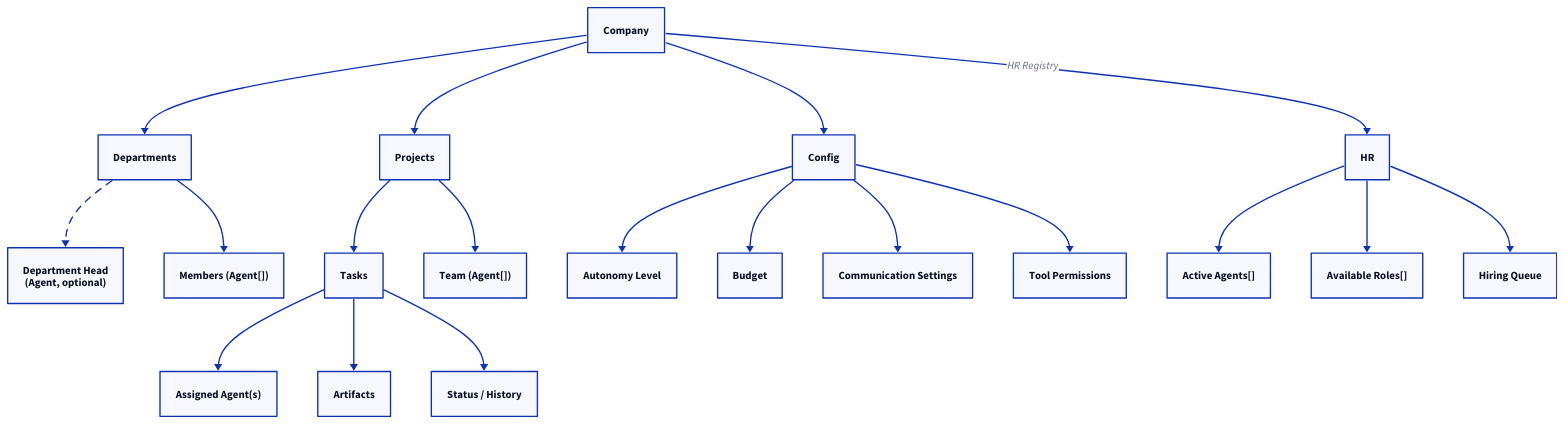
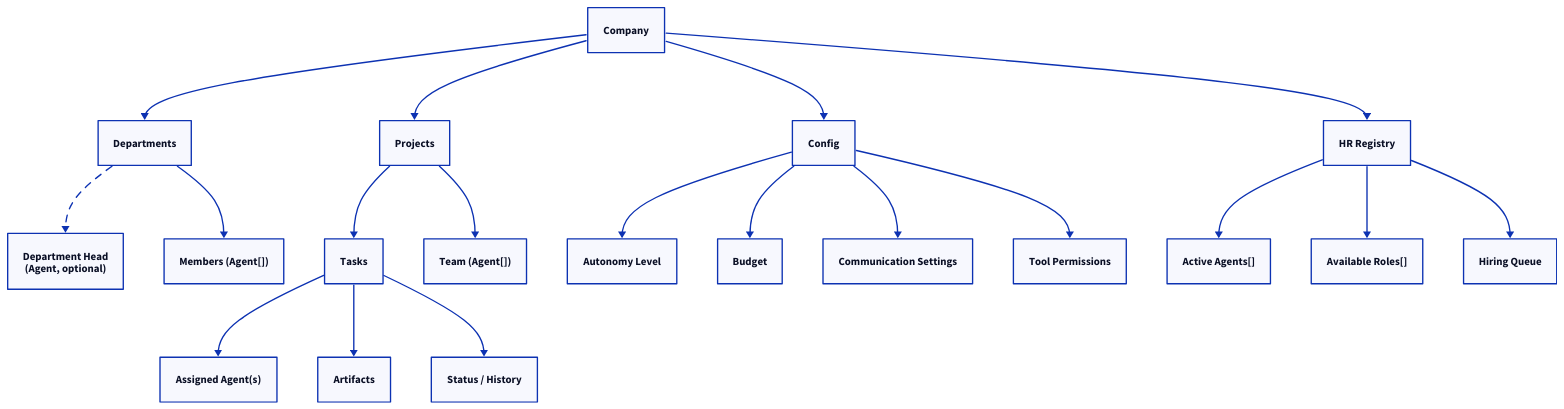
The diagram in docs/design/index.md (Aureliolo/ai-company), drawn with D2 before and after one commit. The commit also changed 7 other files, not shown here.

````diff
--- a/docs/design/index.md
+++ b/docs/design/index.md
@@ -125,36 +125,37 @@
 ```d2
 Company -> Departments
 Company -> Projects
 Company -> Config
-Company -> HR: HR Registry
+HR: HR Registry
+Company -> HR
 
 Departments -> DeptHead {style.stroke-dash: 5}
 DeptHead: "Department Head\n(Agent, optional)"
 Departments -> Members
 Members: "Members (Agent[])"
 
 Projects -> Tasks
 Projects -> Team
 Team: "Team (Agent[])"
 
 Tasks -> Assigned
 Assigned: "Assigned Agent(s)"
 Tasks -> Artifacts
 Tasks -> Status
 Status: "Status / History"
 
 Config -> Autonomy
 Autonomy: Autonomy Level
 Config -> Budget
 Config -> CommSettings
 CommSettings: Communication Settings
 Config -> ToolPerms
 ToolPerms: Tool Permissions
 
 HR -> Active
 Active: "Active Agents[]"
 HR -> Roles
 Roles: "Available Roles[]"
 HR -> Queue
 Queue: Hiring Queue
 ```
````
